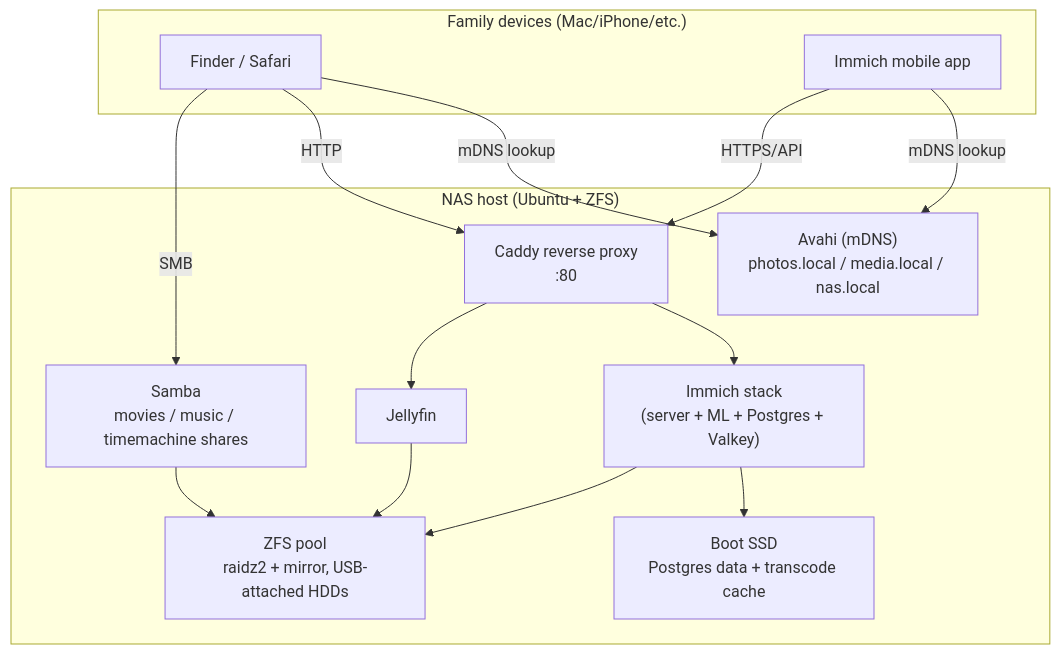
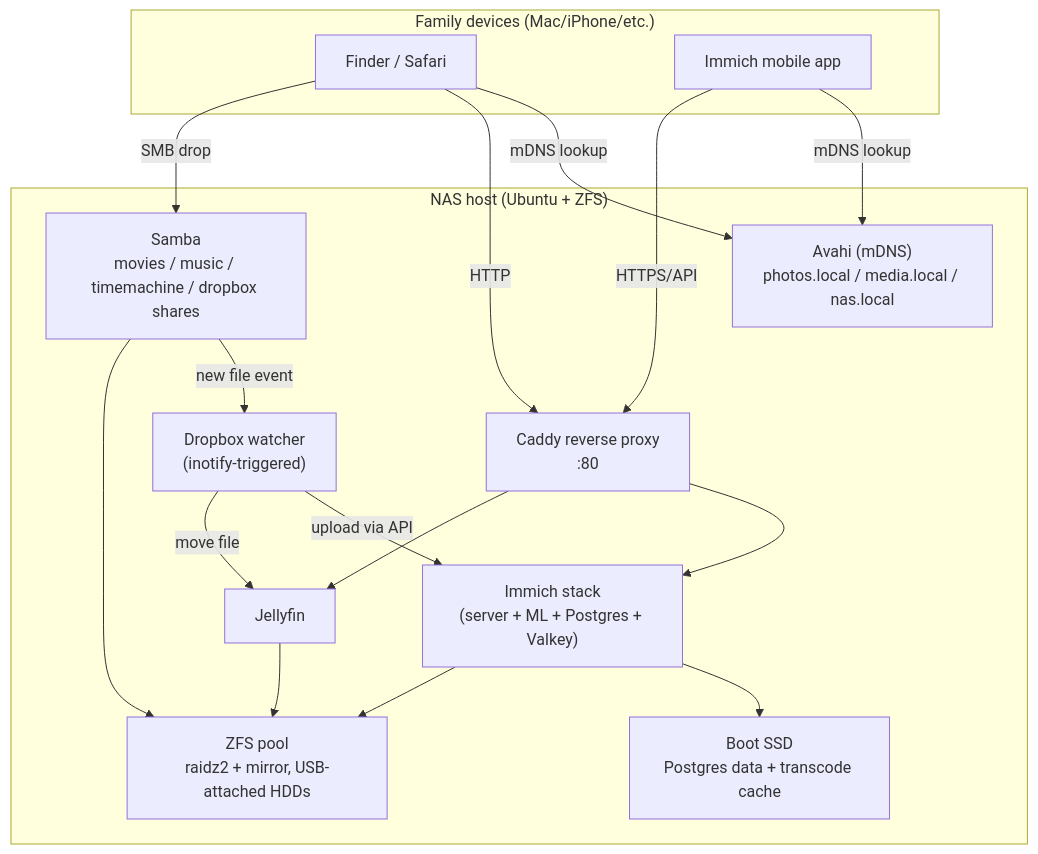
The diagram in README.md (IgorZingerman/FamilyNAS), drawn with Mermaid before and after one commit. The commit also changed other lines of this file and 7 other files, not shown here.

Commit message:
Document the dropbox auto-ingestion pipeline: folder-based classification, per-person Immich attribution, favorites tagging, and the curl exit-code gotcha it surfaced

````diff
--- a/README.md
+++ b/README.md
@@ -39,29 +41,33 @@
 ```mermaid
 flowchart TB
     subgraph clients["Family devices (Mac/iPhone/etc.)"]
         mac["Finder / Safari"]
         phone["Immich mobile app"]
     end
 
     subgraph nas["NAS host (Ubuntu + ZFS)"]
         avahi["Avahi (mDNS)\nphotos.local / media.local / nas.local"]
         caddy["Caddy reverse proxy\n:80"]
         immich["Immich stack\n(server + ML + Postgres + Valkey)"]
         jellyfin["Jellyfin"]
-        smb["Samba\nmovies / music / timemachine shares"]
+        smb["Samba\nmovies / music / timemachine / dropbox shares"]
+        watcher["Dropbox watcher\n(inotify-triggered)"]
         zfs["ZFS pool\nraidz2 + mirror, USB-attached HDDs"]
         ssd["Boot SSD\nPostgres data + transcode cache"]
     end
 
     mac -- mDNS lookup --> avahi
     phone -- mDNS lookup --> avahi
     mac -- HTTP --> caddy
-    mac -- SMB --> smb
+    mac -- SMB drop --> smb
     phone -- HTTPS/API --> caddy
     caddy --> immich
     caddy --> jellyfin
+    smb -- new file event --> watcher
+    watcher -- upload via API --> immich
+    watcher -- move file --> jellyfin
     immich --> ssd
     immich --> zfs
     jellyfin --> zfs
     smb --> zfs
 ```
````
